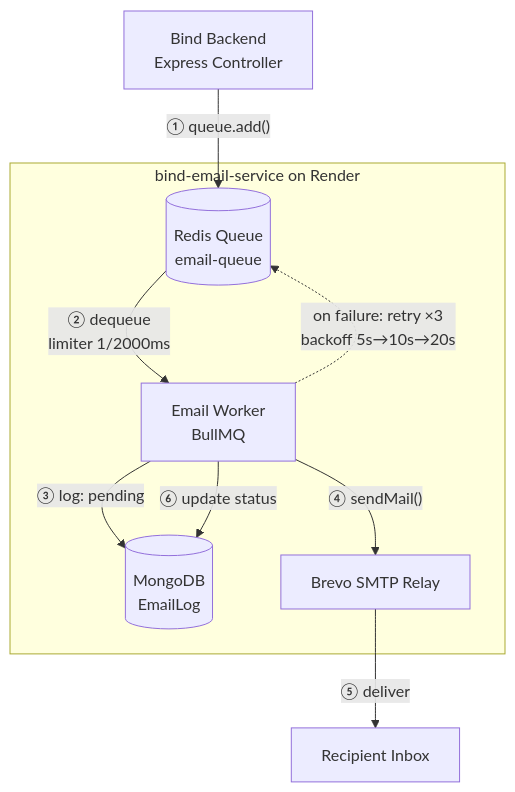
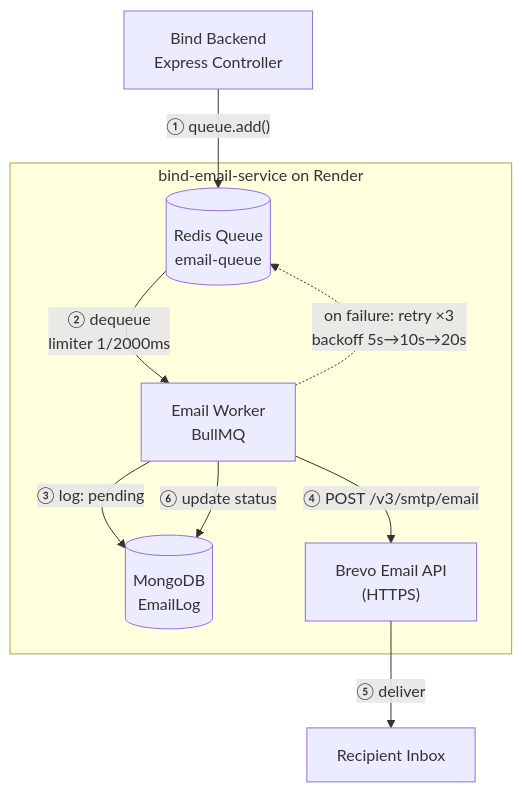
One commit to Siddharth-732/bind-email-service changed the diagram in README.md. Above: the diagram before and after it, drawn with Mermaid. The commit also changed other lines of this file and 5 other files, not shown here.

Commit message:
feat:  migration SMTP to HTTP for mail, render restriction

````diff
--- a/README.md
+++ b/README.md
@@ -13,14 +13,14 @@
 ```mermaid
 graph TD
     Backend["Bind Backend<br/>Express Controller"] -->|"① queue.add()"| Queue[("Redis Queue<br/>email-queue")]
 
     subgraph WorkerService [bind-email-service on Render]
         Queue -->|"② dequeue<br/>limiter 1/2000ms"| Worker["Email Worker<br/>BullMQ"]
         Worker -->|"③ log: pending"| Mongo[("MongoDB<br/>EmailLog")]
-        Worker -->|"④ sendMail()"| SMTP["Brevo SMTP Relay"]
+        Worker -->|"④ POST /v3/smtp/email"| API["Brevo Email API<br/>(HTTPS)"]
         Worker -->|"⑥ update status"| Mongo
     end
 
-    SMTP -->|"⑤ deliver"| Inbox["Recipient Inbox"]
+    API -->|"⑤ deliver"| Inbox["Recipient Inbox"]
     Worker -.->|"on failure: retry ×3<br/>backoff 5s→10s→20s"| Queue
 ```
````
